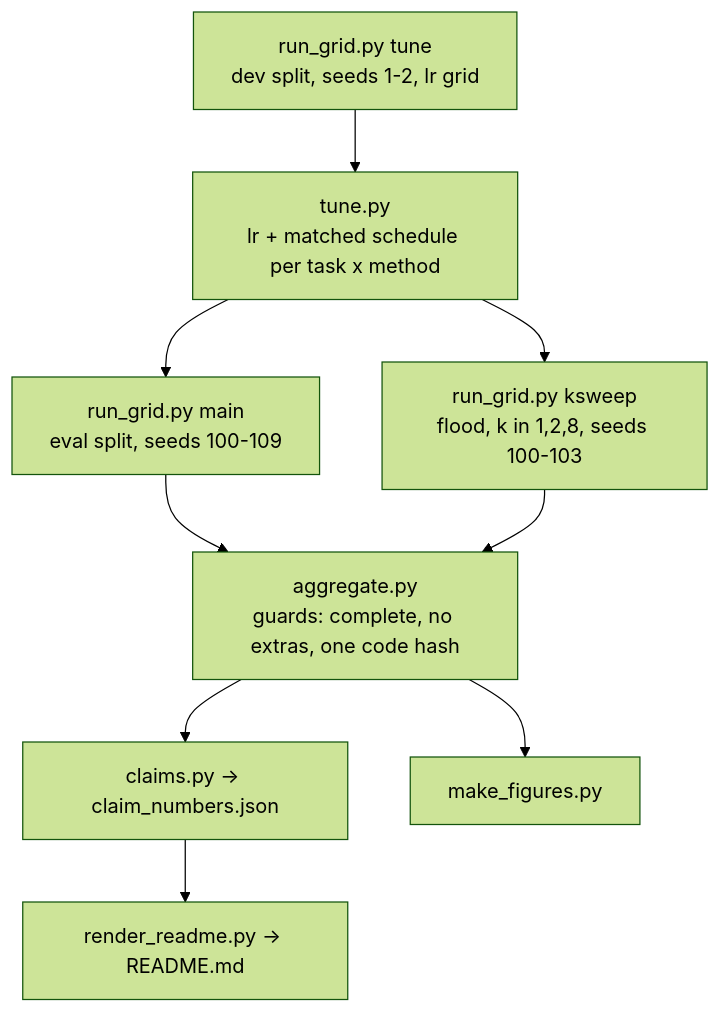
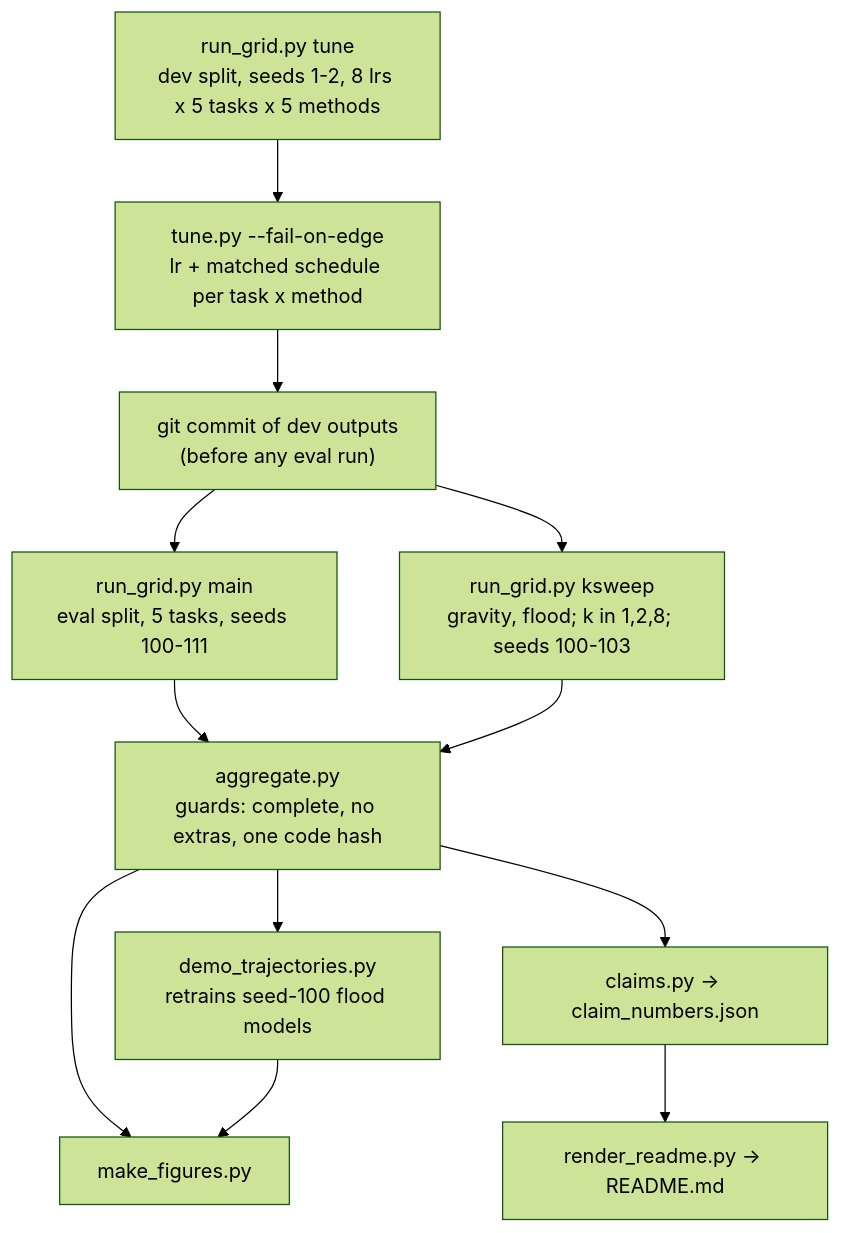
The third of 3 diagrams in README.md (arman-dogru/drm-recursion-curriculum-microbench), drawn with Mermaid (forest theme) before and after one commit. The commit also changed other lines of this file and 114 other files, not shown here.

Commit message:
Round 1: k-sweep raw, aggregate, figures, README, demo, mutation 92/92, sanitized logs

````diff
--- a/README.md
+++ b/README.md
@@ -176,11 +215,14 @@
 ```mermaid
 flowchart TD
-  T["run_grid.py tune<br/>dev split, seeds 1-2, lr grid"] --> U["tune.py<br/>lr + matched schedule per task x method"]
-  U --> M["run_grid.py main<br/>eval split, seeds 100-109"]
-  U --> K["run_grid.py ksweep<br/>flood, k in 1,2,8, seeds 100-103"]
+  T["run_grid.py tune<br/>dev split, seeds 1-2, 8 lrs x 5 tasks x 5 methods"] --> U["tune.py --fail-on-edge<br/>lr + matched schedule per task x method"]
+  U --> G["git commit of dev outputs<br/>(before any eval run)"]
+  G --> M["run_grid.py main<br/>eval split, 5 tasks, seeds 100-111"]
+  G --> K["run_grid.py ksweep<br/>gravity, flood; k in 1,2,8; seeds 100-103"]
   M --> A["aggregate.py<br/>guards: complete, no extras, one code hash"]
   K --> A
+  A --> D["demo_trajectories.py<br/>retrains seed-100 flood models"]
+  A --> F["make_figures.py"]
+  D --> F
   A --> C["claims.py -> claim_numbers.json"]
-  A --> F["make_figures.py"]
   C --> R["render_readme.py -> README.md"]
 ```
````
